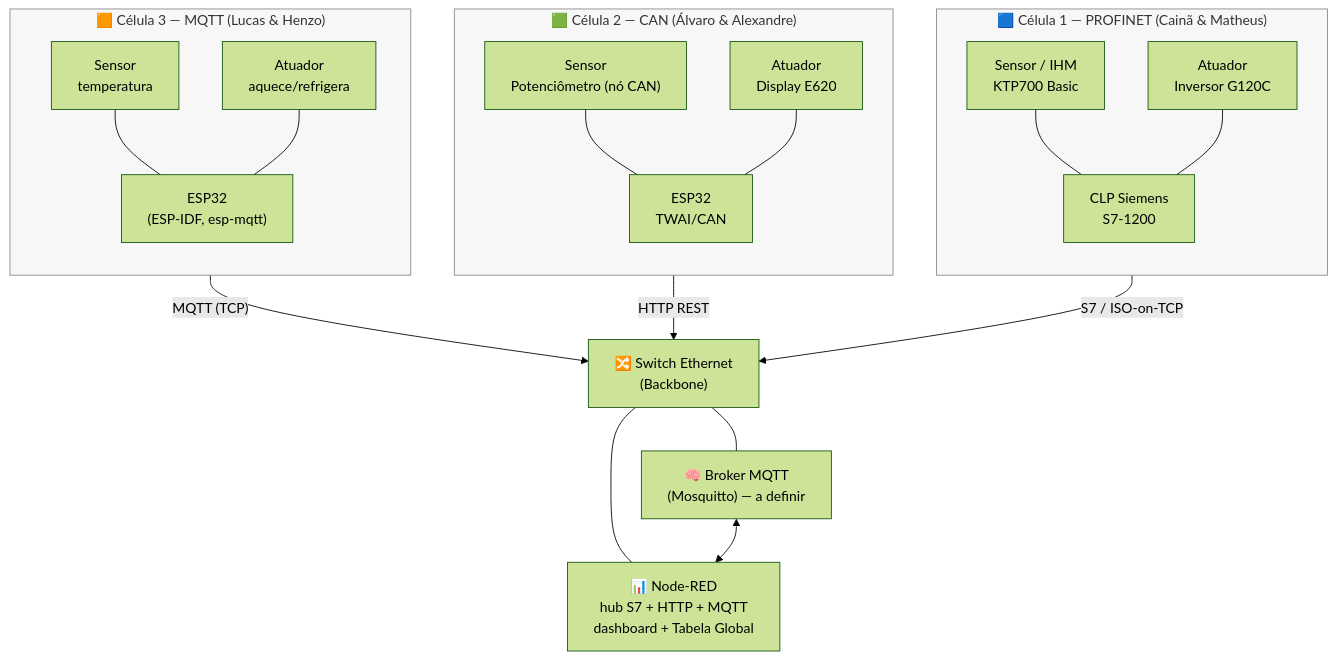
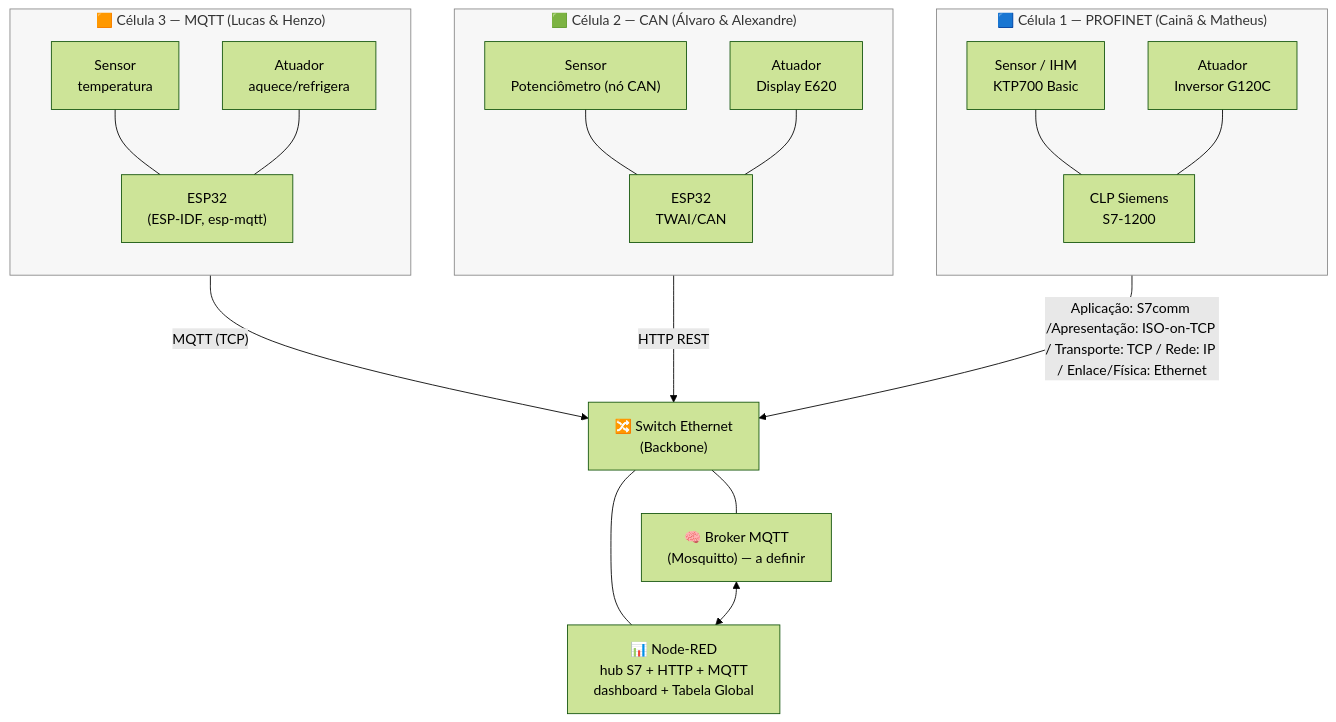
Before and after one commit to Scheeffer/Projeto_Comunicacao_de_Dados: the diagram in Modificações_Projeto/README.md, drawn with Mermaid (forest theme). The commit also changed other lines of this file, not shown here.

Commit message:
Revise README to clarify Node-RED integration
Updated the description of how each cell communicates with Node-RED and clarified the role of Node-RED as the central server.

````diff
--- a/Modificações_Projeto/README.md
+++ b/Modificações_Projeto/README.md
@@ -68,34 +68,34 @@
 ```mermaid
 flowchart TB
     subgraph CELULA1["🟦 Célula 1 — PROFINET (Cainã & Matheus)"]
         direction TB
         S1["Sensor / IHM<br/>KTP700 Basic"] --- PLC["CLP Siemens<br/>S7-1200"]
         A1["Atuador<br/>Inversor G120C"] --- PLC
     end
 
     subgraph CELULA2["🟩 Célula 2 — CAN (Álvaro & Alexandre)"]
         direction TB
         S2["Sensor<br/>Potenciômetro (nó CAN)"] --- ESP2["ESP32<br/>TWAI/CAN"]
         A2["Atuador<br/>Display E620"] --- ESP2
     end
 
     subgraph CELULA3["🟧 Célula 3 — MQTT (Lucas & Henzo)"]
         direction TB
         S3["Sensor<br/>temperatura"] --- ESP3["ESP32<br/>(ESP-IDF, esp-mqtt)"]
         A3["Atuador<br/>aquece/refrigera"] --- ESP3
     end
 
     SW["🔀 Switch Ethernet<br/>(Backbone)"]
     NR["📊 Node-RED<br/>hub S7 + HTTP + MQTT<br/>dashboard + Tabela Global"]
     BROKER["🧠 Broker MQTT<br/>(Mosquitto) — a definir"]
 
-    PLC -- "S7 / ISO-on-TCP" --> SW
+    PLC -- "Aplicação: S7comm /Apresentação: ISO-on-TCP / Transporte: TCP / Rede: IP / Enlace/Física: Ethernet" --> SW
     ESP2 -- "HTTP REST" --> SW
     ESP3 -- "MQTT (TCP)" --> SW
     SW --- NR
     SW --- BROKER
     BROKER <--> NR
 
     classDef cell fill:#f7f7f7,stroke:#888,stroke-width:1px;
     class CELULA1,CELULA2,CELULA3 cell;
 ```
````
